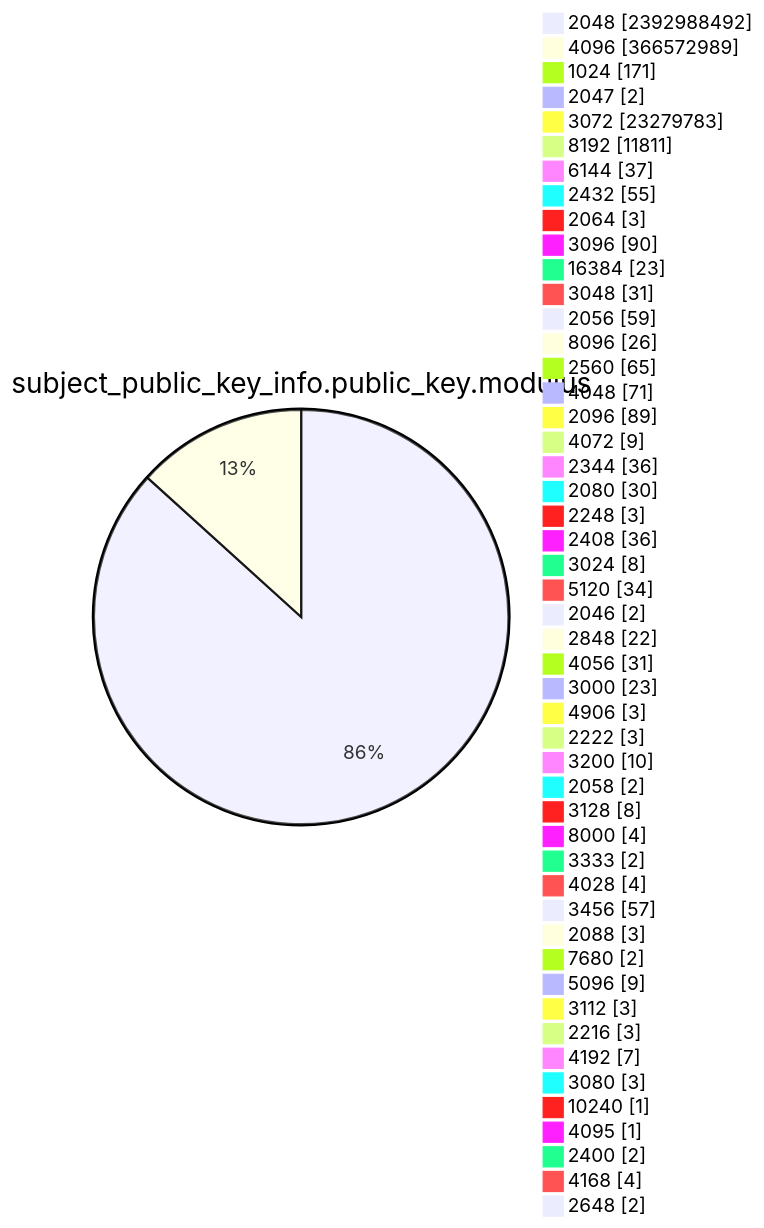
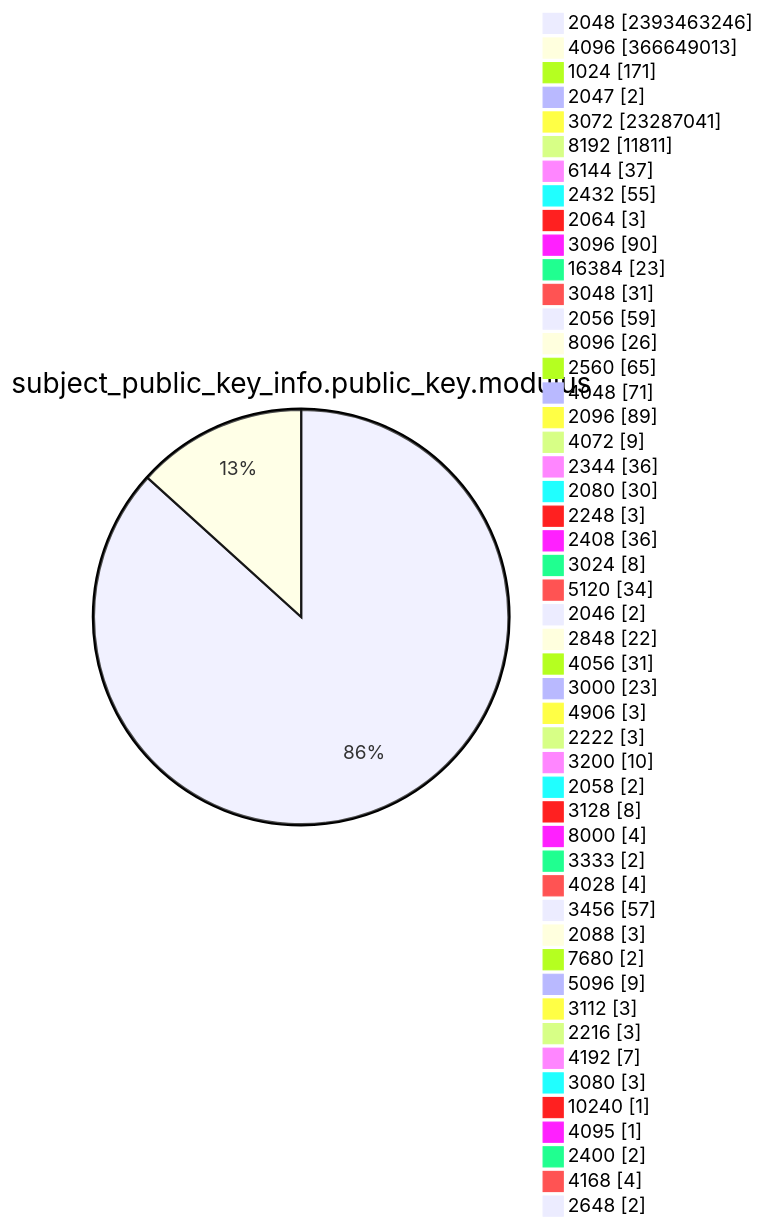
Before and after one commit to christiankrug/ctmonitor_visualization: diagram 13 of 15 in TOTAL/README.md, drawn with Mermaid. The commit also changed other lines of this file, not shown here.

````diff
--- a/TOTAL/README.md
+++ b/TOTAL/README.md
@@ -4167,53 +4167,53 @@
 ```mermaid
 pie showData
 title subject_public_key_info.public_key.modulus
-"2048" :2392988492
-"4096" :366572989
+"2048" :2393463246
+"4096" :366649013
 "1024" :171
 "2047" :2
-"3072" :23279783
+"3072" :23287041
 "8192" :11811
 "6144" :37
 "2432" :55
 "2064" :3
 "3096" :90
 "16384" :23
 "3048" :31
 "2056" :59
 "8096" :26
 "2560" :65
 "4048" :71
 "2096" :89
 "4072" :9
 "2344" :36
 "2080" :30
 "2248" :3
 "2408" :36
 "3024" :8
 "5120" :34
 "2046" :2
 "2848" :22
 "4056" :31
 "3000" :23
 "4906" :3
 "2222" :3
 "3200" :10
 "2058" :2
 "3128" :8
 "8000" :4
 "3333" :2
 "4028" :4
 "3456" :57
 "2088" :3
 "7680" :2
 "5096" :9
 "3112" :3
 "2216" :3
 "4192" :7
 "3080" :3
 "10240" :1
 "4095" :1
 "2400" :2
 "4168" :4
 "2648" :2
 ```
````
